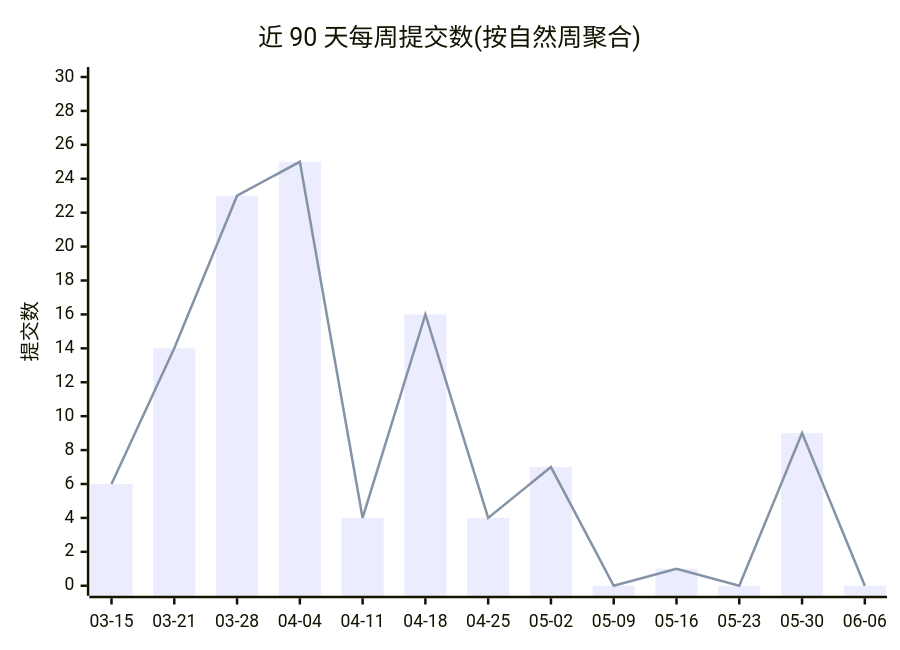
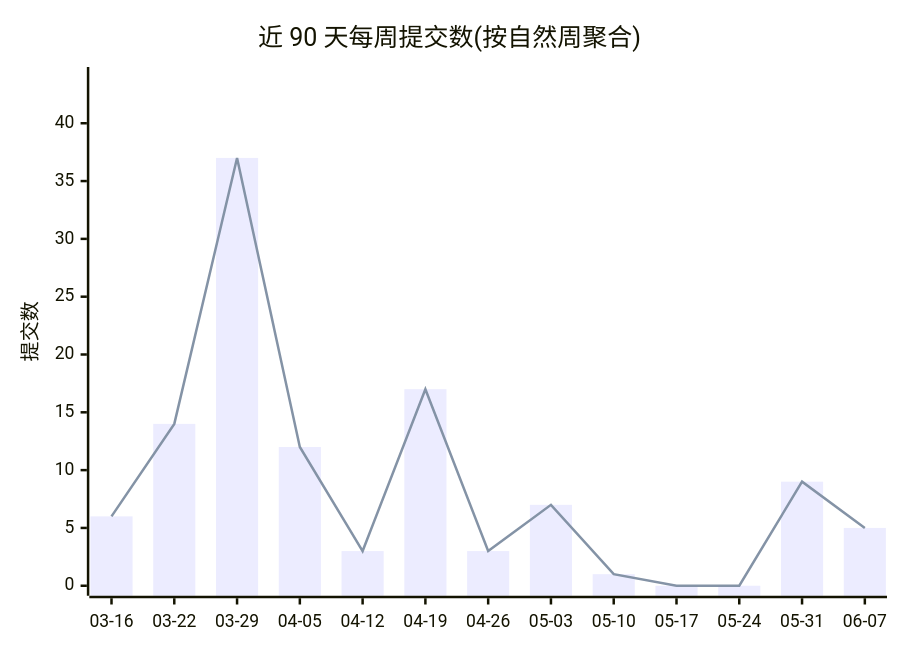
Before and after one commit to Conflux-Union/.github: the first of 2 diagrams in profile/README.md, drawn with Mermaid. The commit also changed other lines of this file and 1 other file, not shown here.

````diff
--- a/profile/README.md
+++ b/profile/README.md
@@ -44,8 +44,8 @@
 ```mermaid
 xychart-beta
     title "近 90 天每周提交数(按自然周聚合)"
-    x-axis ["03-15", "03-21", "03-28", "04-04", "04-11", "04-18", "04-25", "05-02", "05-09", "05-16", "05-23", "05-30", "06-06"]
-    y-axis "提交数" 0 --> 30
-    bar [6, 14, 23, 25, 4, 16, 4, 7, 0, 1, 0, 9, 0]
-    line [6, 14, 23, 25, 4, 16, 4, 7, 0, 1, 0, 9, 0]
+    x-axis ["03-16", "03-22", "03-29", "04-05", "04-12", "04-19", "04-26", "05-03", "05-10", "05-17", "05-24", "05-31", "06-07"]
+    y-axis "提交数" 0 --> 44
+    bar [6, 14, 37, 12, 3, 17, 3, 7, 1, 0, 0, 9, 5]
+    line [6, 14, 37, 12, 3, 17, 3, 7, 1, 0, 0, 9, 5]
 ```
````
